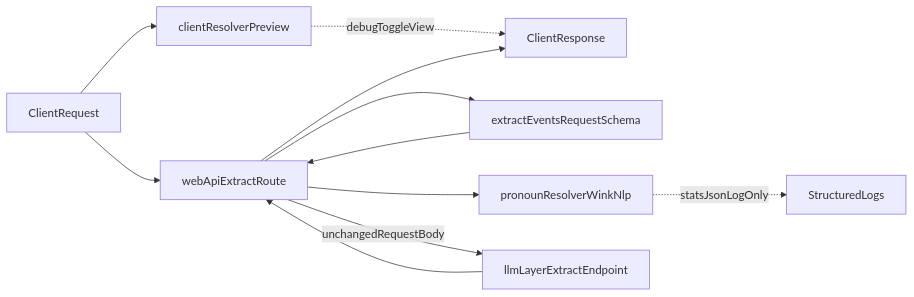
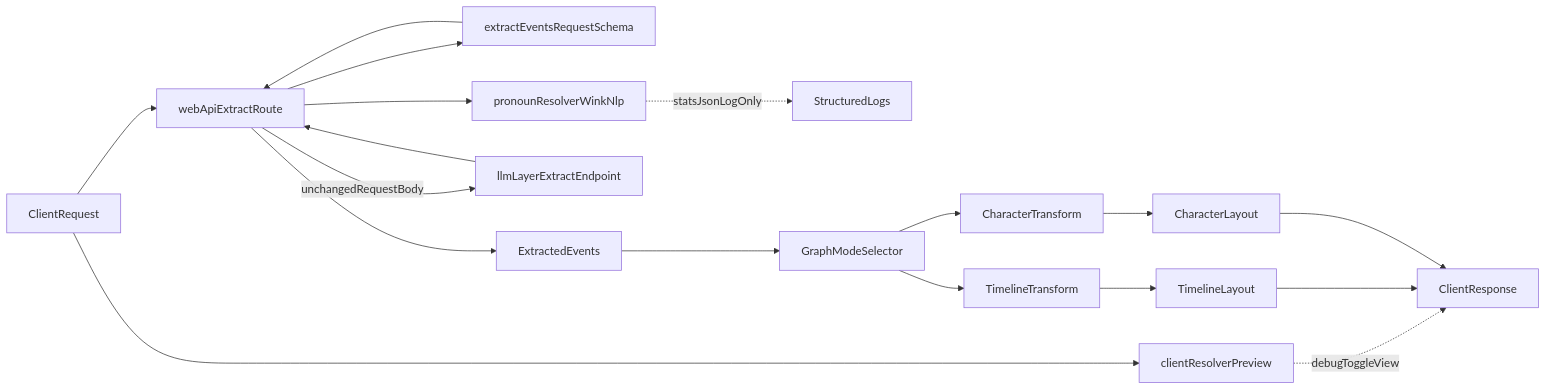
One commit to roopamgarg/storylens-webapp changed the diagram in Architecture.md. Above: the diagram before and after it, drawn with Mermaid. The commit also changed other lines of this file and 11 other files, not shown here.

Commit message:
Added timeline graph and character relation graph

````diff
--- a/Architecture.md
+++ b/Architecture.md
@@ -53,13 +69,20 @@
 ```mermaid
 flowchart LR
   clientIn[ClientRequest] --> proxy[webApiExtractRoute]
   clientIn --> preview[clientResolverPreview]
   preview -.->|debugToggleView| clientOut
   proxy --> zod[extractEventsRequestSchema]
   zod --> proxy
   proxy --> resolver[pronounResolverWinkNlp]
   resolver -.->|statsJsonLogOnly| logs[StructuredLogs]
   proxy -->|unchangedRequestBody| upstream[llmLayerExtractEndpoint]
   upstream --> proxy
-  proxy --> clientOut[ClientResponse]
+  proxy --> extractedEvents[ExtractedEvents]
+  extractedEvents --> graphModeSelector[GraphModeSelector]
+  graphModeSelector --> timelineTransform[TimelineTransform]
+  graphModeSelector --> characterTransform[CharacterTransform]
+  timelineTransform --> timelineLayout[TimelineLayout]
+  characterTransform --> characterLayout[CharacterLayout]
+  timelineLayout --> clientOut[ClientResponse]
+  characterLayout --> clientOut
 ```
````
